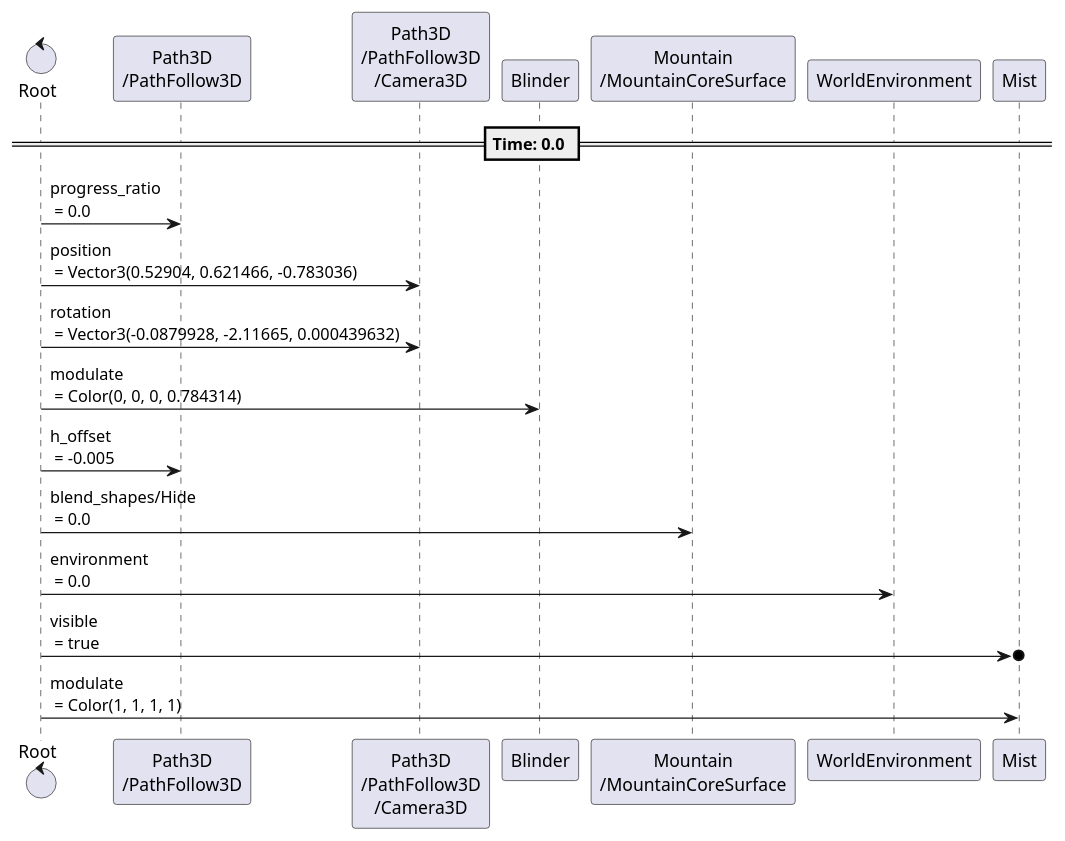
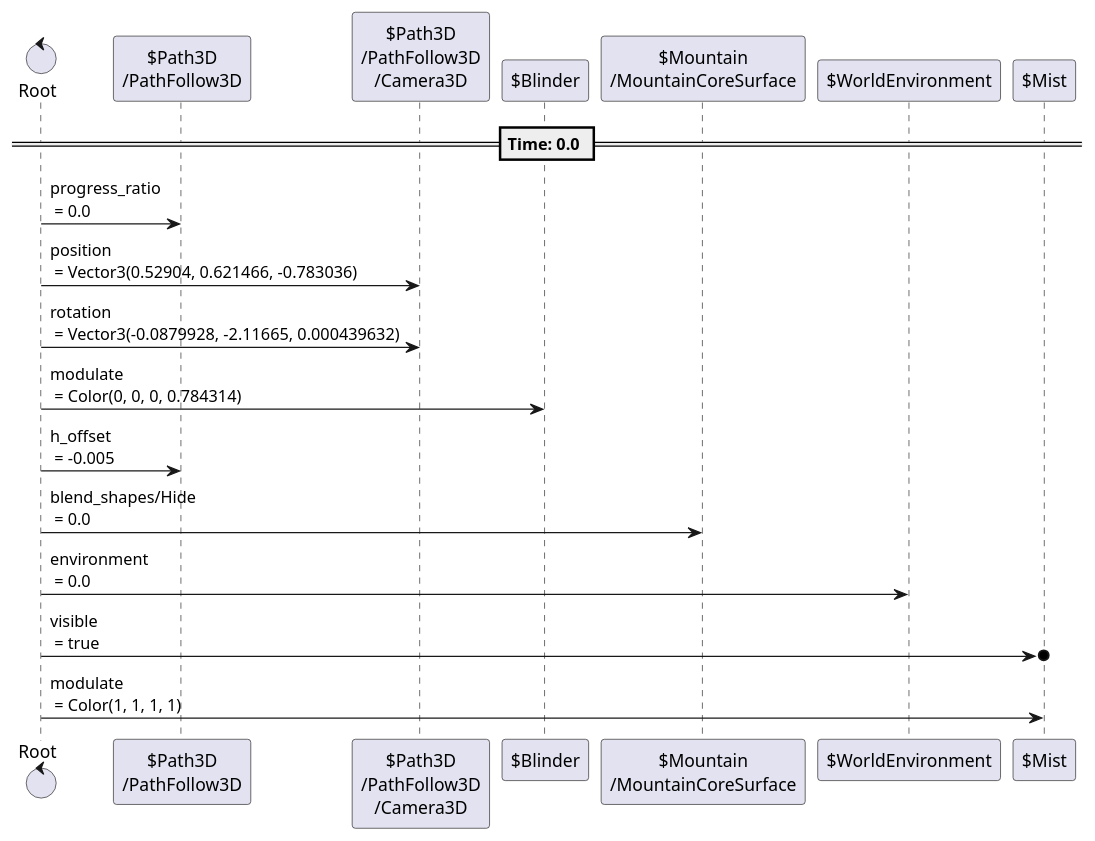
Before and after one commit to tkmfujise/Platformer-Game-Learning: the second of 23 diagrams in content/scenes/src/world/world.tscn.adoc, drawn with PlantUML. The commit also changed other lines of this file and 31 other files, not shown here.

Commit message:
Add prefix $ to node name in animation sequences

```diff
--- a/content/scenes/src/world/world.tscn.adoc
+++ b/content/scenes/src/world/world.tscn.adoc
@@ -107,25 +107,25 @@
 [plantuml]
 ....
-control "Root" as Root
-participant "Path3D\n/PathFollow3D" as T0
-participant "Path3D\n/PathFollow3D\n/Camera3D" as T1
-participant "Blinder" as T3
-participant "Mountain\n/MountainCoreSurface" as T5
-participant "WorldEnvironment" as T6
-participant "Mist" as T7
+control "Root" as R
+participant "$Path3D\n/PathFollow3D" as T0
+participant "$Path3D\n/PathFollow3D\n/Camera3D" as T1
+participant "$Blinder" as T3
+participant "$Mountain\n/MountainCoreSurface" as T5
+participant "$WorldEnvironment" as T6
+participant "$Mist" as T7
 
 
 
 == Time: 0.0 ==
-Root  ->  T0 : progress_ratio\n = 0.0
-Root  ->  T1 : position\n = Vector3(0.52904, 0.621466, -0.783036)
-Root  ->  T1 : rotation\n = Vector3(-0.0879928, -2.11665, 0.000439632)
-Root  ->  T3 : modulate\n = Color(0, 0, 0, 0.784314)
-Root  ->  T0 : h_offset\n = -0.005
-Root  ->  T5 : blend_shapes/Hide\n = 0.0
-Root  ->  T6 : environment\n = 0.0
-Root  ->o  T7 : visible\n = true
-Root  ->  T7 : modulate\n = Color(1, 1, 1, 1)
+R  ->  T0 : progress_ratio\n = 0.0
+R  ->  T1 : position\n = Vector3(0.52904, 0.621466, -0.783036)
+R  ->  T1 : rotation\n = Vector3(-0.0879928, -2.11665, 0.000439632)
+R  ->  T3 : modulate\n = Color(0, 0, 0, 0.784314)
+R  ->  T0 : h_offset\n = -0.005
+R  ->  T5 : blend_shapes/Hide\n = 0.0
+R  ->  T6 : environment\n = 0.0
+R  ->o  T7 : visible\n = true
+R  ->  T7 : modulate\n = Color(1, 1, 1, 1)
 
 
 ....
```
